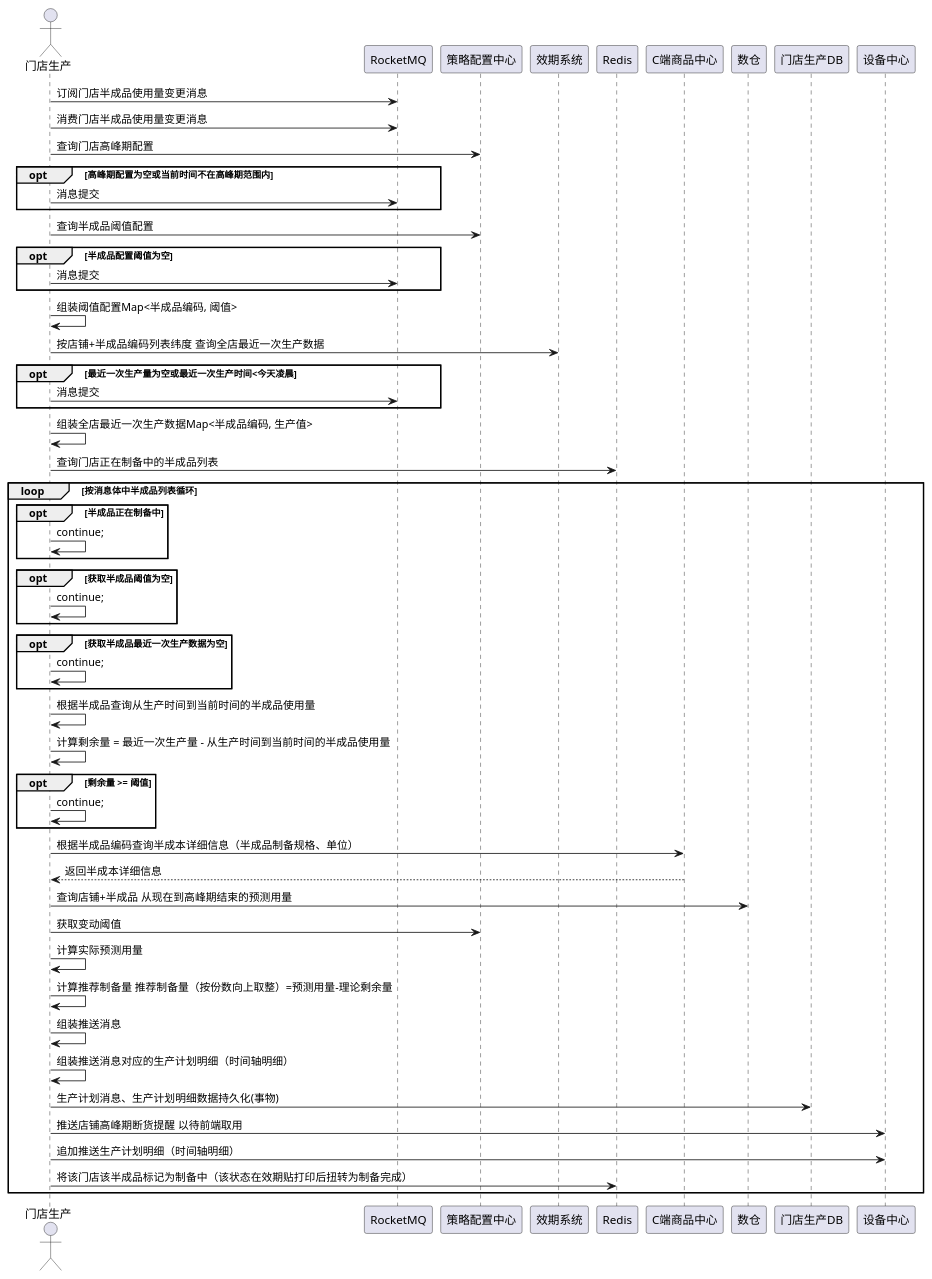
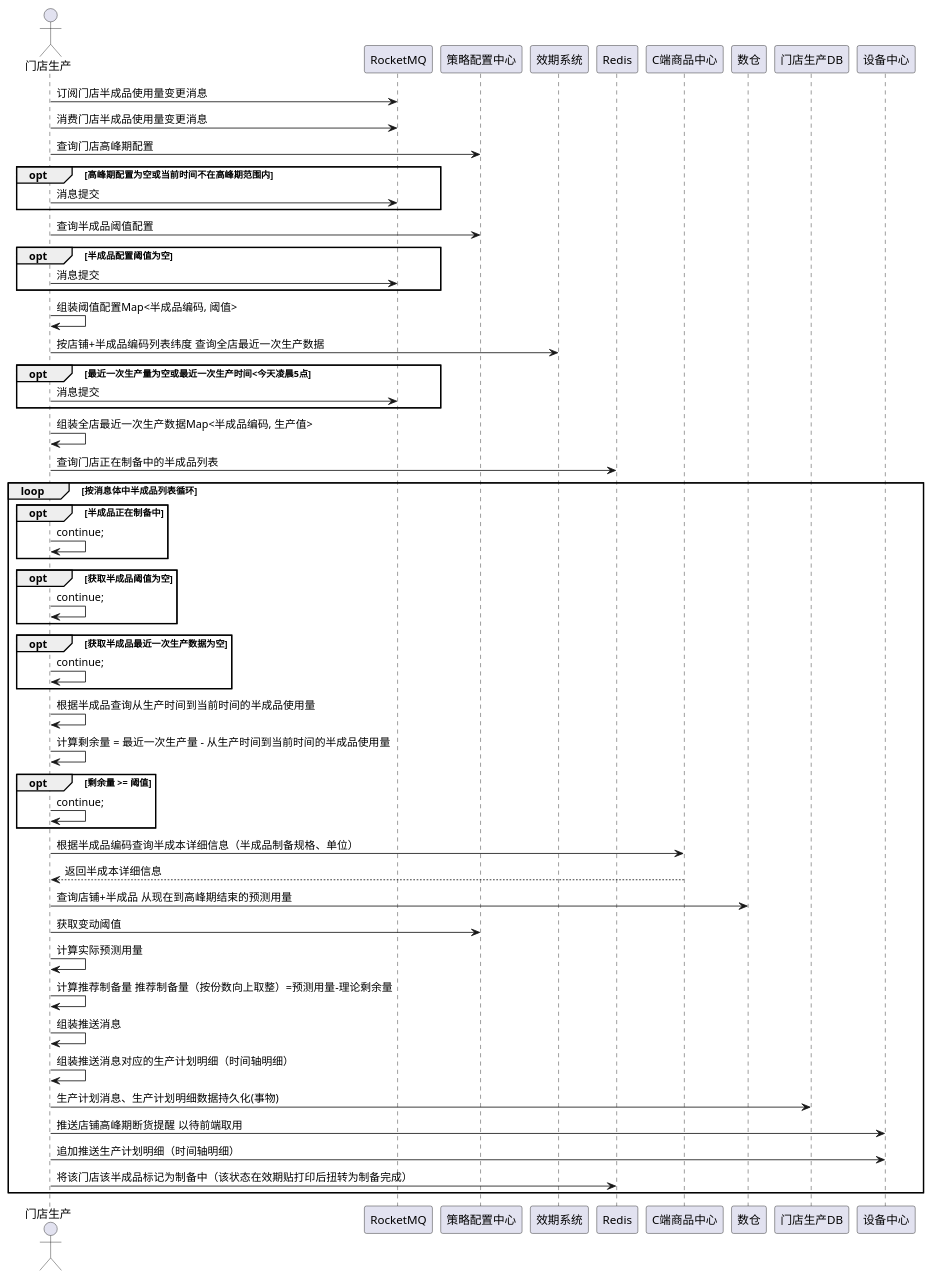
Before and after one commit to Thothma/SkyGarden: the diagram in src/main/resources/uml/高峰期断货提醒-2.puml, drawn with PlantUML. The commit also changed 1 other file, not shown here.

```diff
--- a/src/main/resources/uml/高峰期断货提醒-2.puml
+++ b/src/main/resources/uml/高峰期断货提醒-2.puml
@@ -1,50 +1,50 @@
 @startuml
 'https://plantuml.com/sequence-diagram
 
 actor 门店生产
 门店生产 -> RocketMQ: 订阅门店半成品使用量变更消息
 门店生产 -> RocketMQ: 消费门店半成品使用量变更消息
 门店生产 -> 策略配置中心: 查询门店高峰期配置
 opt 高峰期配置为空或当前时间不在高峰期范围内
 门店生产 -> RocketMQ: 消息提交
 end
 门店生产 -> 策略配置中心: 查询半成品阈值配置
 opt 半成品配置阈值为空
 门店生产 -> RocketMQ: 消息提交
 end
 门店生产 -> 门店生产: 组装阈值配置Map<半成品编码, 阈值>
 门店生产 -> 效期系统: 按店铺+半成品编码列表纬度 查询全店最近一次生产数据
-opt 最近一次生产量为空或最近一次生产时间<今天凌晨
+opt 最近一次生产量为空或最近一次生产时间<今天凌晨5点
 门店生产 -> RocketMQ: 消息提交
 end
 门店生产 -> 门店生产: 组装全店最近一次生产数据Map<半成品编码, 生产值>
 门店生产 -> Redis: 查询门店正在制备中的半成品列表
 loop 按消息体中半成品列表循环
 opt 半成品正在制备中
 门店生产 -> 门店生产: continue;
 end
 opt 获取半成品阈值为空
 门店生产 -> 门店生产: continue;
 end
 opt 获取半成品最近一次生产数据为空
 门店生产 -> 门店生产: continue;
 end
 门店生产 -> 门店生产: 根据半成品查询从生产时间到当前时间的半成品使用量
 门店生产 -> 门店生产: 计算剩余量 = 最近一次生产量 - 从生产时间到当前时间的半成品使用量
 opt 剩余量 >= 阈值
 门店生产 -> 门店生产: continue;
 end
 门店生产 -> C端商品中心: 根据半成品编码查询半成本详细信息（半成品制备规格、单位）
 C端商品中心 --> 门店生产: 返回半成本详细信息
 门店生产 -> 数仓: 查询店铺+半成品 从现在到高峰期结束的预测用量
 门店生产 -> 策略配置中心: 获取变动阈值
 门店生产 -> 门店生产: 计算实际预测用量
 门店生产 -> 门店生产: 计算推荐制备量 推荐制备量（按份数向上取整）=预测用量-理论剩余量
 门店生产 -> 门店生产: 组装推送消息
 门店生产 -> 门店生产: 组装推送消息对应的生产计划明细（时间轴明细）
 门店生产 -> 门店生产DB: 生产计划消息、生产计划明细数据持久化(事物)
 门店生产 -> 设备中心: 推送店铺高峰期断货提醒 以待前端取用
 门店生产 -> 设备中心: 追加推送生产计划明细（时间轴明细）
 门店生产 -> Redis: 将该门店该半成品标记为制备中（该状态在效期贴打印后扭转为制备完成）
 end
 @enduml
```
